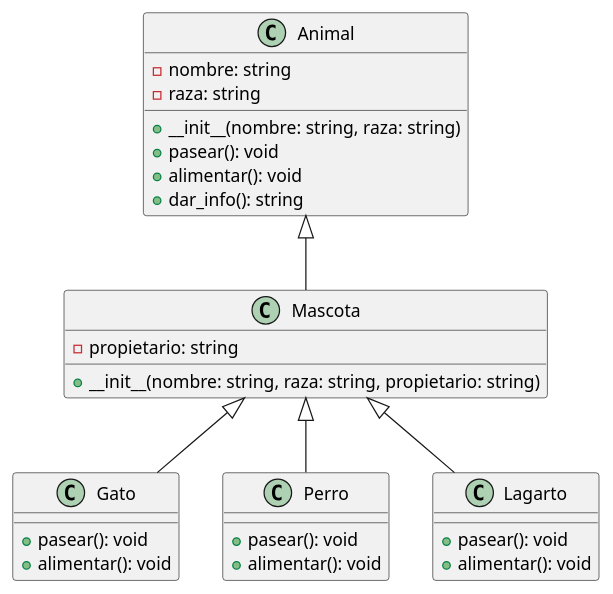
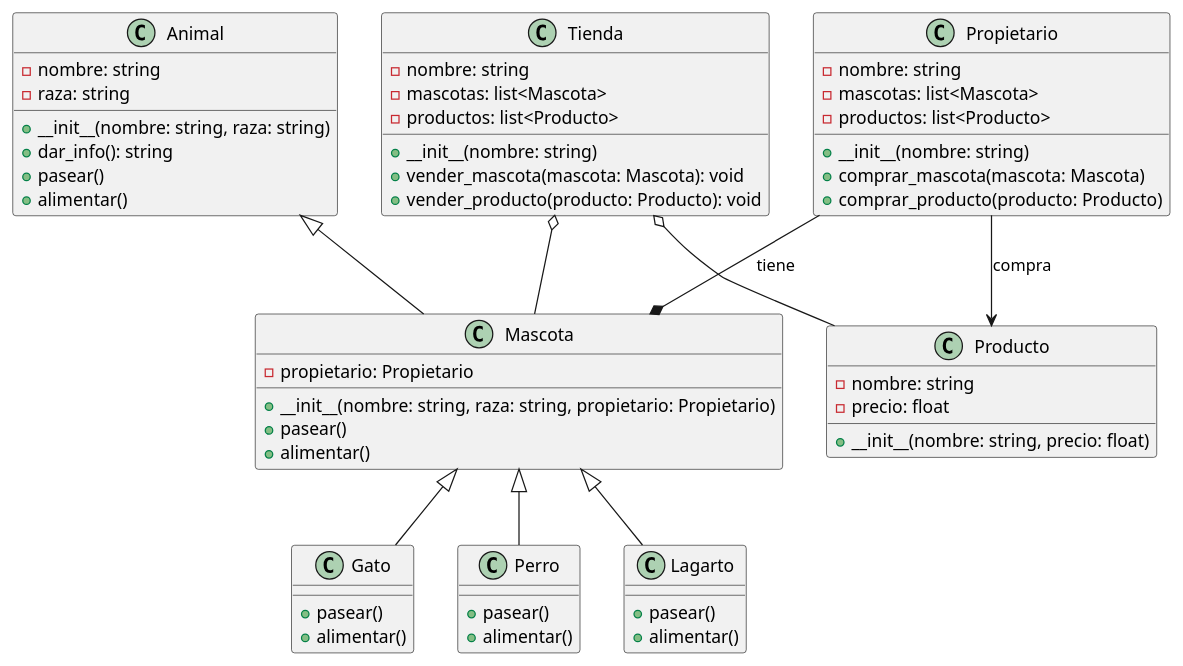
The diagram in intro.plantuml (JuanDCespedes/ejemplo-animales), drawn with PlantUML before and after one commit. The commit also changed 3 other files, not shown here.

```diff
--- a/intro.plantuml
+++ b/intro.plantuml
@@ -1,37 +1,65 @@
 @startuml
+class Producto {
+    - nombre: string
+    - precio: float
+    + __init__(nombre: string, precio: float)
+}
+
+class Propietario {
+    - nombre: string
+    - mascotas: list<Mascota>
+    - productos: list<Producto>
+    + __init__(nombre: string)
+    + comprar_mascota(mascota: Mascota)
+    + comprar_producto(producto: Producto)
+}
 
 class Animal {
     - nombre: string
     - raza: string
     + __init__(nombre: string, raza: string)
-    + pasear(): void
-    + alimentar(): void
     + dar_info(): string
+    + pasear()
+    + alimentar()
 }
 
 class Mascota {
-    - propietario: string
-    + __init__(nombre: string, raza: string, propietario: string)
+    - propietario: Propietario
+    + __init__(nombre: string, raza: string, propietario: Propietario)
+    + pasear()
+    + alimentar()
 }
 
 class Gato {
-    + pasear(): void
-    + alimentar(): void
+    + pasear()
+    + alimentar()
 }
 
 class Perro {
-    + pasear(): void
-    + alimentar(): void
+    + pasear()
+    + alimentar()
 }
 
 class Lagarto {
-    + pasear(): void
-    + alimentar(): void
+    + pasear()
+    + alimentar()
 }
 
+class Tienda {
+    - nombre: string
+    - mascotas: list<Mascota>
+    - productos: list<Producto>
+    + __init__(nombre: string)
+    + vender_mascota(mascota: Mascota): void
+    + vender_producto(producto: Producto): void
+}
+
+Propietario --> Producto : compra 
+Propietario --* Mascota : tiene
 Animal <|-- Mascota
 Mascota <|-- Gato
 Mascota <|-- Perro
 Mascota <|-- Lagarto
-
+Tienda o-- Mascota  
+Tienda o-- Producto  
 @enduml
```
